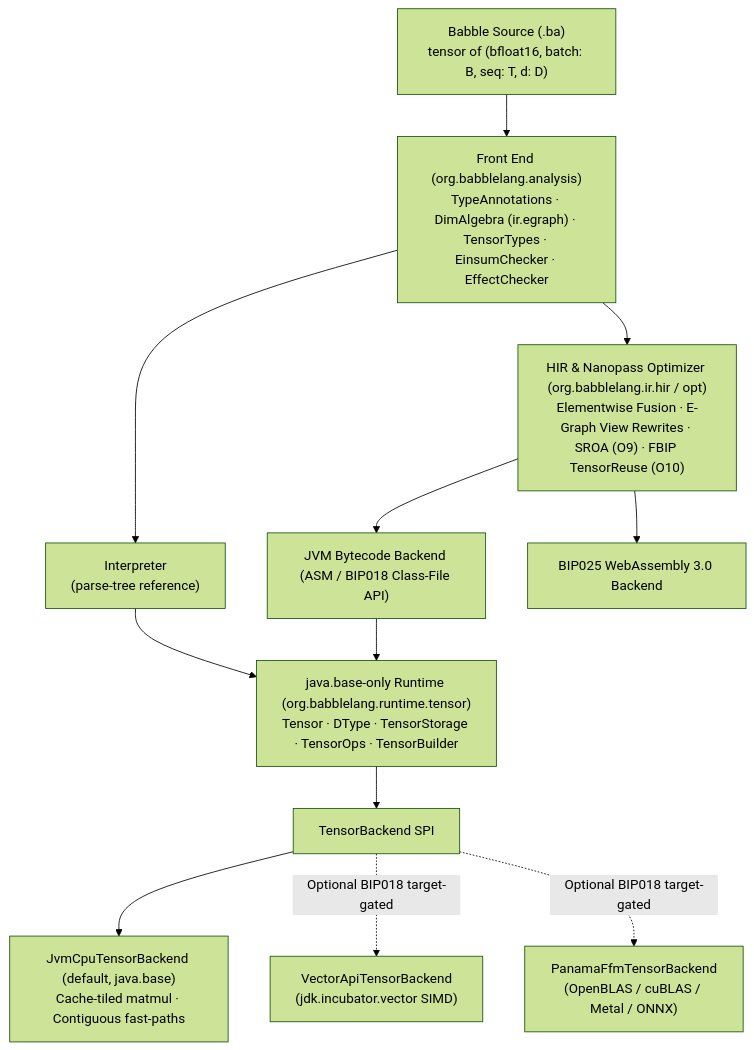
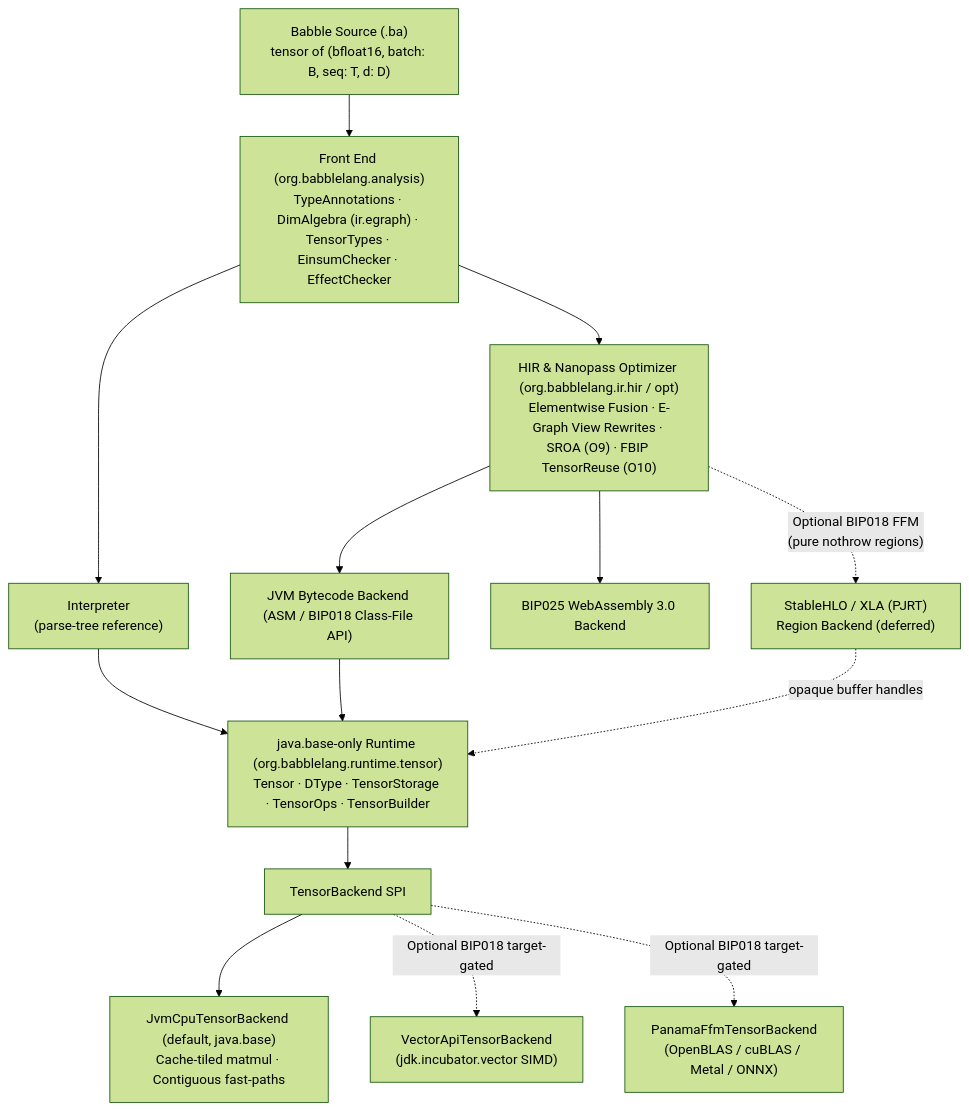
One commit to nlehuen/babble changed the fourth of 4 diagrams in docs/design/bip033_tensors.md. Above: the diagram before and after it, drawn with Mermaid (forest theme). The commit also changed other lines of this file, not shown here.

Commit message:
BIP033 : add optional StableHLO / XLA (PJRT) region-backend hooks

````diff
--- a/docs/design/bip033_tensors.md
+++ b/docs/design/bip033_tensors.md
@@ -699,14 +699,16 @@
 ```mermaid
 flowchart TB
     Source["Babble Source (.ba)\ntensor of (bfloat16, batch: B, seq: T, d: D)"] --> FrontEnd["Front End (org.babblelang.analysis)\nTypeAnnotations · DimAlgebra (ir.egraph) · TensorTypes · EinsumChecker · EffectChecker"]
     FrontEnd --> Interp["Interpreter\n(parse-tree reference)"]
     FrontEnd --> HIR["HIR & Nanopass Optimizer (org.babblelang.ir.hir / opt)\nElementwise Fusion · E-Graph View Rewrites · SROA (O9) · FBIP TensorReuse (O10)"]
     HIR --> JvmEmit["JVM Bytecode Backend (ASM / BIP018 Class-File API)"]
     HIR --> WasmEmit["BIP025 WebAssembly 3.0 Backend"]
+    HIR -. "Optional BIP018 FFM\n(pure nothrow regions)" .-> XlaRegion["StableHLO / XLA (PJRT)\nRegion Backend (deferred)"]
     Interp --> Runtime["java.base-only Runtime (org.babblelang.runtime.tensor)\nTensor · DType · TensorStorage · TensorOps · TensorBuilder"]
     JvmEmit --> Runtime
+    XlaRegion -. "opaque buffer handles" .-> Runtime
     Runtime --> SPI["TensorBackend SPI"]
     SPI --> CpuBase["JvmCpuTensorBackend (default, java.base)\nCache-tiled matmul · Contiguous fast-paths"]
     SPI -. "Optional BIP018 target-gated" .-> Simd["VectorApiTensorBackend\n(jdk.incubator.vector SIMD)"]
     SPI -. "Optional BIP018 target-gated" .-> Ffm["PanamaFfmTensorBackend\n(OpenBLAS / cuBLAS / Metal / ONNX)"]
 ```
````
